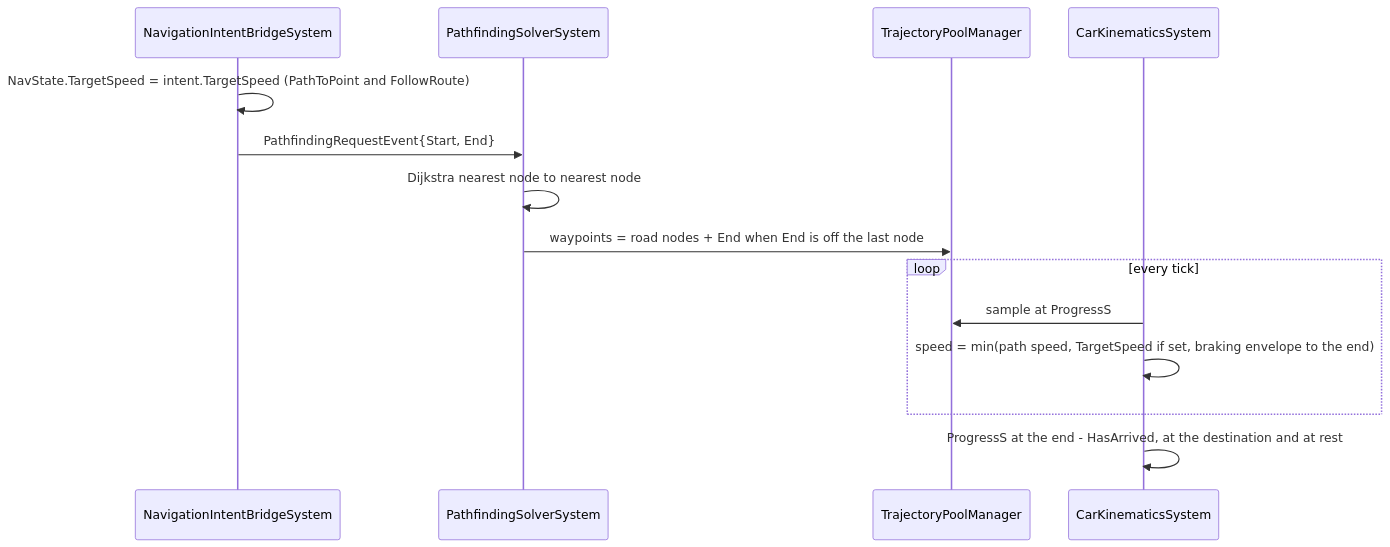
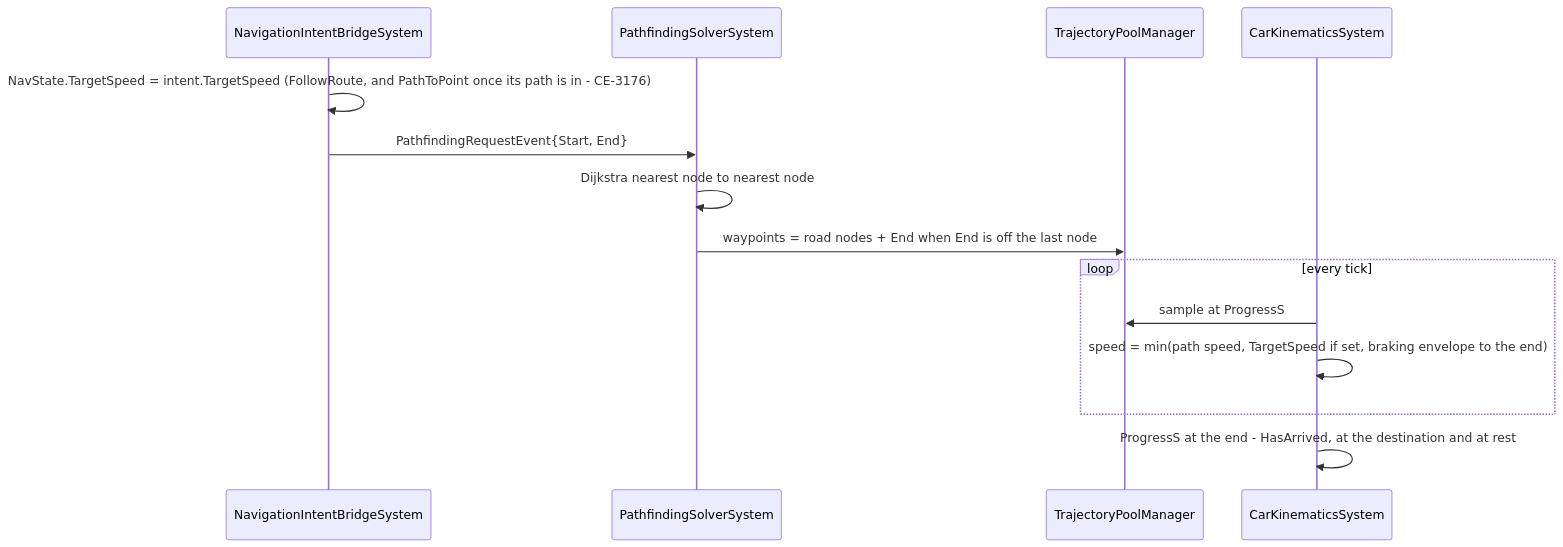
One commit to pjanec/HROT changed the third of 10 diagrams in docs/designs/navig-2/Navigation_Design_v2_0.md. Above: the diagram before and after it, drawn with Mermaid. The commit also changed other lines of this file and 5 other files, not shown here.

First line of the commit message:
CE-3176 closed: a pending MoveTo holds its ground until the path is in

````diff
--- a/docs/designs/navig-2/Navigation_Design_v2_0.md
+++ b/docs/designs/navig-2/Navigation_Design_v2_0.md
@@ -215,16 +225,16 @@
 ```mermaid
 sequenceDiagram
   participant BR as NavigationIntentBridgeSystem
   participant SO as PathfindingSolverSystem
   participant TP as TrajectoryPoolManager
   participant CK as CarKinematicsSystem
-  BR->>BR: NavState.TargetSpeed = intent.TargetSpeed (PathToPoint and FollowRoute)
+  BR->>BR: NavState.TargetSpeed = intent.TargetSpeed (FollowRoute, and PathToPoint once its path is in - CE-3176)
   BR->>SO: PathfindingRequestEvent{Start, End}
   SO->>SO: Dijkstra nearest node to nearest node
   SO->>TP: waypoints = road nodes + End when End is off the last node
   loop every tick
     CK->>TP: sample at ProgressS
     CK->>CK: speed = min(path speed, TargetSpeed if set, braking envelope to the end)
   end
   CK->>CK: ProgressS at the end - HasArrived, at the destination and at rest
 ```
````
